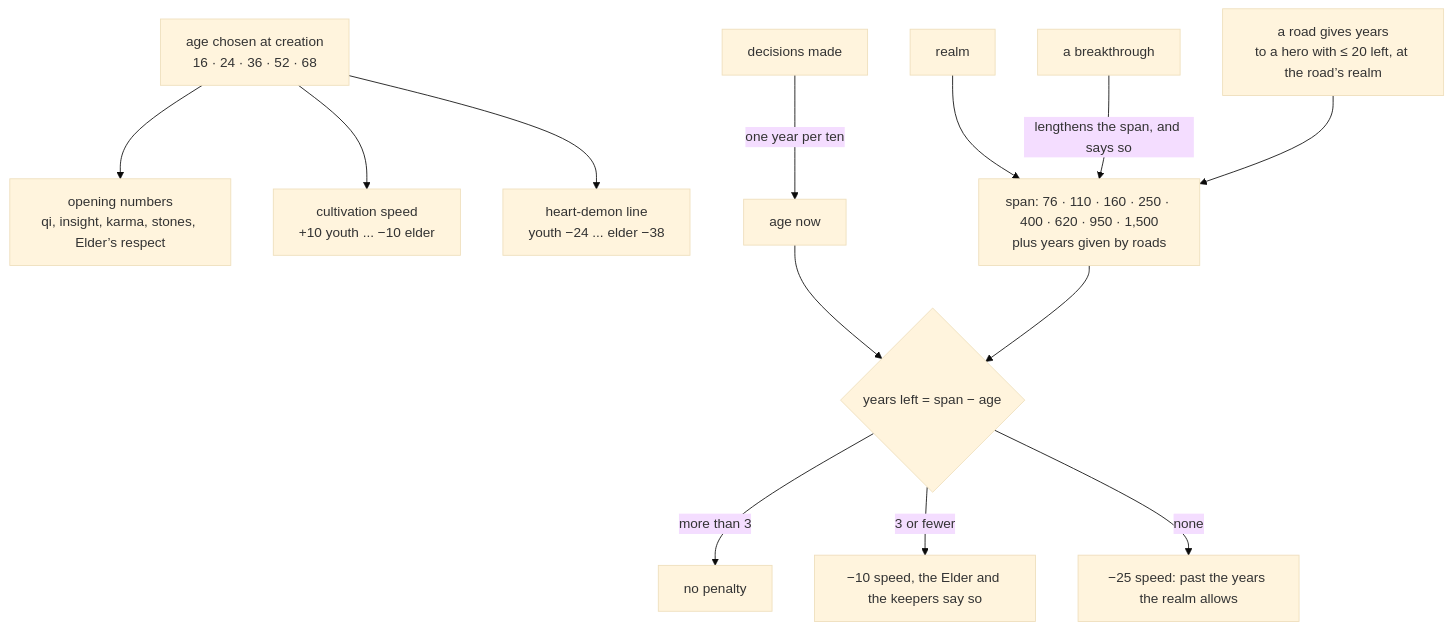
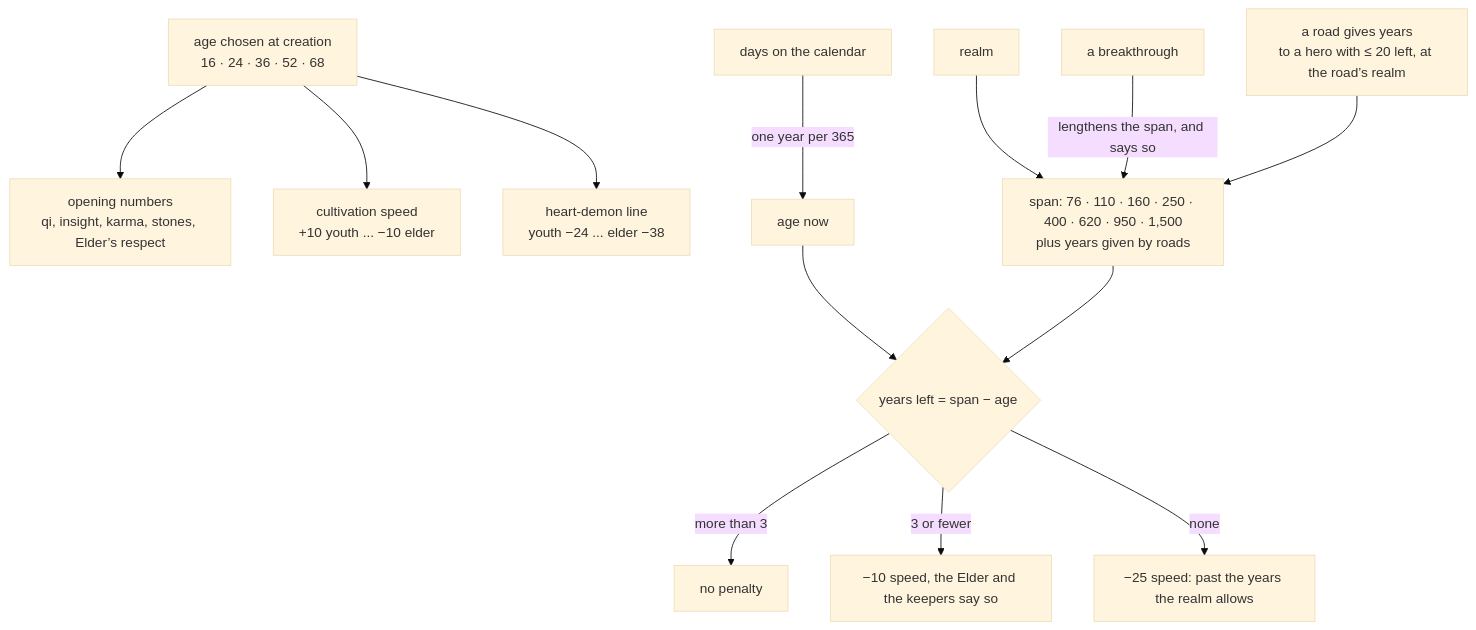
Before and after one commit to jgyy/nextxian: diagram 38 of 47 in docs/ARCHITECTURE.md, drawn with Mermaid (base theme). The commit also changed other lines of this file and 58 other files, not shown here.

Commit message:
Long Count Roads: 1,020 new scenes, a calendar that tells the truth, ten realms that each keep their own time, and a sixteenth plot-hole pass (#23)

````diff
--- a/docs/ARCHITECTURE.md
+++ b/docs/ARCHITECTURE.md
@@ -845,15 +918,15 @@
 ```mermaid
 flowchart TD
   A["age chosen at creation<br/>16 · 24 · 36 · 52 · 68"] --> S["opening numbers<br/>qi, insight, karma, stones, Elder’s respect"]
   A --> Q["cultivation speed<br/>+10 youth ... −10 elder"]
   A --> H["heart-demon line<br/>youth −24 ... elder −38"]
-  D["decisions made"] -->|"one year per ten"| N["age now"]
+  D["days on the calendar"] -->|"one year per 365"| N["age now"]
   R["realm"] --> L["span: 76 · 110 · 160 · 250 · 400 · 620 · 950 · 1,500<br/>plus years given by roads"]
   N --> W{"years left = span − age"}
   L --> W
   W -->|"more than 3"| OK["no penalty"]
   W -->|"3 or fewer"| SH["−10 speed, the Elder and the keepers say so"]
   W -->|"none"| PA["−25 speed: past the years the realm allows"]
   B["a breakthrough"] -->|"lengthens the span, and says so"| L
   Y["a road gives years<br/>to a hero with ≤ 20 left, at the road’s realm"] --> L
 ```
````
